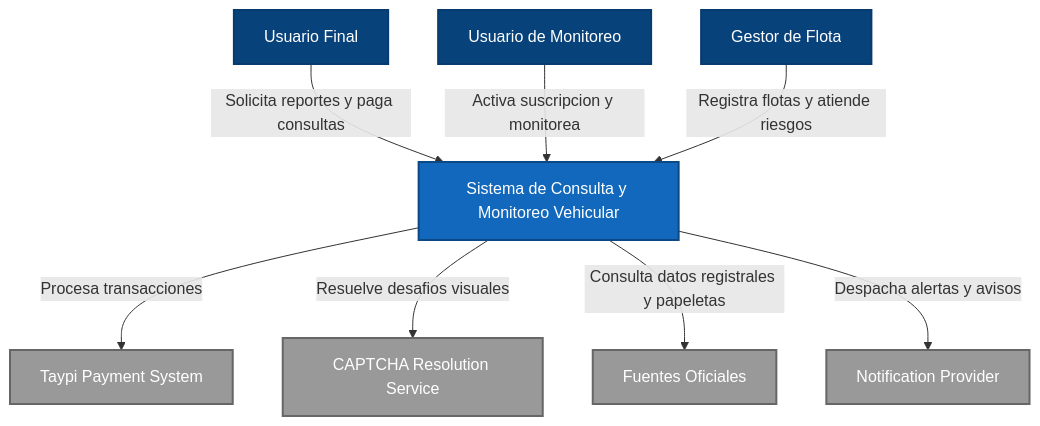
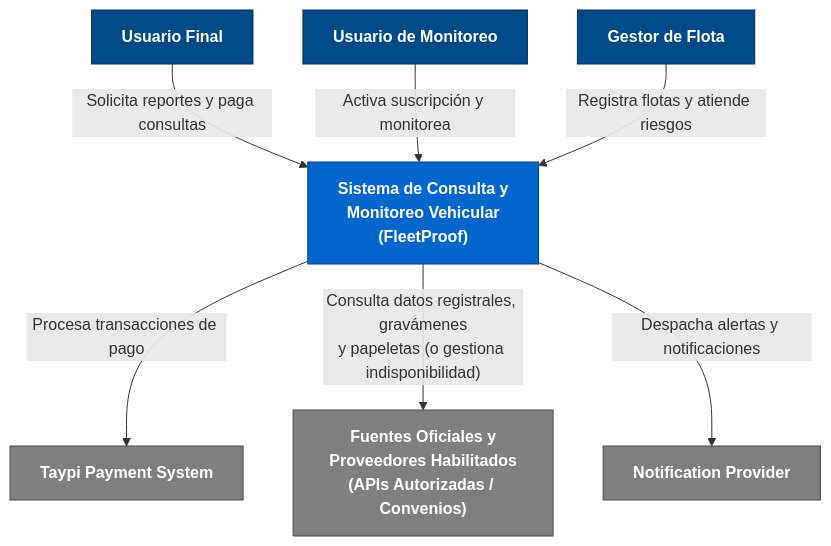
Before and after one commit to 1ASI0729-7800-BLIP/blip-fleetproof-project-report: the third of 7 diagrams in docs/05-chapter-4-product-design.md, drawn with Mermaid.

Commit message:
fix: 4.6.2 correccion del captcha
Updated the software architecture context diagram to include new user roles and external systems.

````diff
--- a/docs/05-chapter-4-product-design.md
+++ b/docs/05-chapter-4-product-design.md
@@ -532,26 +532,34 @@
 ```mermaid
-flowchart TB
-    classDef person fill:#08427b,stroke:#073b6f,stroke-width:2px,color:#fff;
-    classDef internal fill:#1168bd,stroke:#0b4884,stroke-width:2px,color:#fff;
-    classDef external fill:#999999,stroke:#666666,stroke-width:2px,color:#fff;
+flowchart TD
+    %% Actores / Usuarios
+    U1["Usuario Final"]
+    U2["Usuario de Monitoreo"]
+    U3["Gestor de Flota"]
 
-    user1["Usuario Final"]:::person
-    user2["Usuario de Monitoreo"]:::person
-    user3["Gestor de Flota"]:::person
+    %% Sistema Central
+    SYS["Sistema de Consulta y\nMonitoreo Vehicular\n(FleetProof)"]
 
-    core["Sistema de Consulta y Monitoreo Vehicular"]:::internal
+    %% Sistemas Externos Autorizados
+    EXT_PAY["Taypi Payment System"]
+    EXT_SRC["Fuentes Oficiales y\nProveedores Habilitados\n(APIs Autorizadas / Convenios)"]
+    EXT_NOT["Notification Provider"]
 
-    ext1["Taypi Payment System"]:::external
-    ext2["CAPTCHA Resolution Service"]:::external
-    ext3["Fuentes Oficiales"]:::external
-    ext4["Notification Provider"]:::external
+    %% Relaciones Superiores
+    U1 -->|"Solicita reportes y paga consultas"| SYS
+    U2 -->|"Activa suscripción y monitorea"| SYS
+    U3 -->|"Registra flotas y atiende riesgos"| SYS
 
-    user1 -->|Solicita reportes y paga consultas| core
-    user2 -->|Activa suscripcion y monitorea| core
-    user3 -->|Registra flotas y atiende riesgos| core
+    %% Relaciones Inferiores (Sistemas Externos)
+    SYS -->|"Procesa transacciones de pago"| EXT_PAY
+    SYS -->|"Consulta datos registrales, gravámenes\ny papeletas (o gestiona indisponibilidad)"| EXT_SRC
+    SYS -->|"Despacha alertas y notificaciones"| EXT_NOT
 
-    core -->|Procesa transacciones| ext1
-    core -->|Resuelve desafios visuales| ext2
-    core -->|Consulta datos registrales y papeletas| ext3
-    core -->|Despacha alertas y avisos| ext4
+    %% Estilos visuales
+    classDef user fill:#004b87,stroke:#002d54,color:#fff,font-weight:bold;
+    classDef system fill:#0066cc,stroke:#004080,color:#fff,font-weight:bold;
+    classDef external fill:#7f7f7f,stroke:#4d4d4d,color:#fff,font-weight:bold;
+
+    class U1,U2,U3 user;
+    class SYS system;
+    class EXT_PAY,EXT_SRC,EXT_NOT external;
 ```
````
